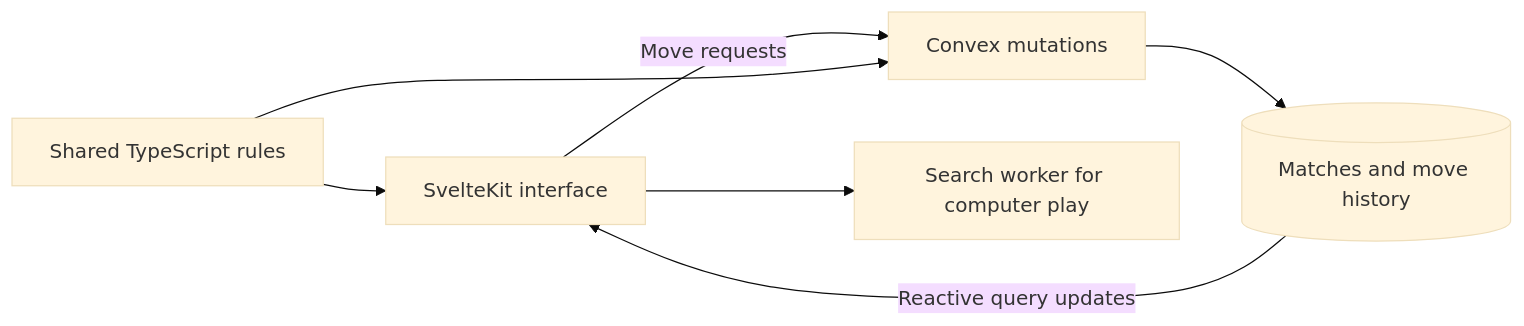
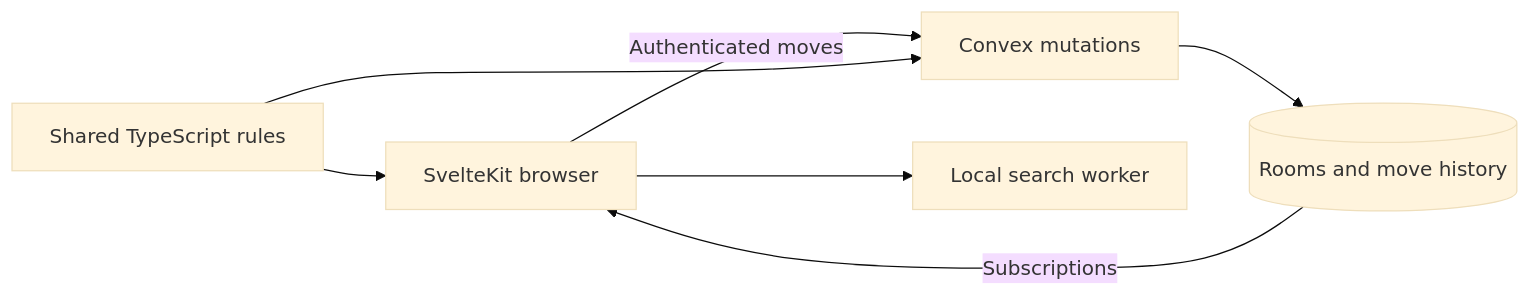
Before and after one commit to 0xmiki/4dchess: the diagram in architecture.md, drawn with Mermaid (base theme). The commit also changed other lines of this file and 30 other files, not shown here.

````diff
--- a/architecture.md
+++ b/architecture.md
@@ -44,9 +5,9 @@
 ```mermaid
 flowchart LR
-    UI[SvelteKit interface] -->|Move requests| Backend[Convex mutations]
-    Backend --> Database[(Matches and move history)]
-    Database -->|Reactive query updates| UI
-    Rules[Shared TypeScript rules] --> UI
-    Rules --> Backend
-    UI --> Search[Search worker for computer play]
+    Browser[SvelteKit browser] -->|Authenticated moves| Convex[Convex mutations]
+    Convex --> Database[(Rooms and move history)]
+    Database -->|Subscriptions| Browser
+    Rules[Shared TypeScript rules] --> Browser
+    Rules --> Convex
+    Browser --> Search[Local search worker]
 ```
````
